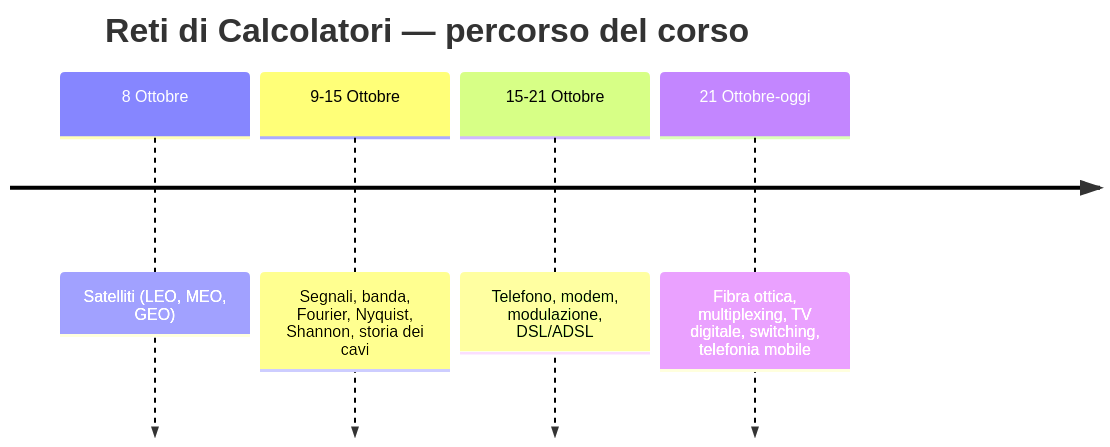
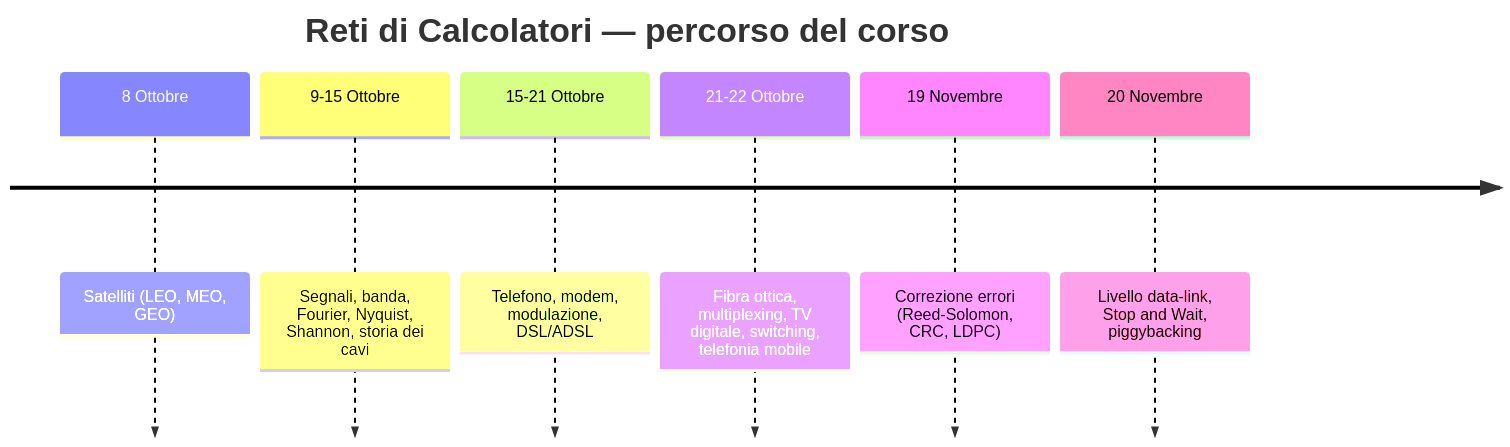
Before and after one commit to Nadaloner/networking: the first of 2 diagrams in Reti di Calcolatori.md, drawn with Mermaid. The commit also changed other lines of this file and 5 other files, not shown here.

Commit message:
Add lessons 19-20 Nov: error correction codes and data-link layer

````diff
--- a/Reti di Calcolatori.md
+++ b/Reti di Calcolatori.md
@@ -13,8 +13,10 @@
 ```mermaid
 timeline
     title Reti di Calcolatori — percorso del corso
     8 Ottobre : Satelliti (LEO, MEO, GEO)
     9-15 Ottobre : Segnali, banda, Fourier, Nyquist, Shannon, storia dei cavi
     15-21 Ottobre : Telefono, modem, modulazione, DSL/ADSL
-    21 Ottobre-oggi : Fibra ottica, multiplexing, TV digitale, switching, telefonia mobile
+    21-22 Ottobre : Fibra ottica, multiplexing, TV digitale, switching, telefonia mobile
+    19 Novembre : Correzione errori (Reed-Solomon, CRC, LDPC)
+    20 Novembre : Livello data-link, Stop and Wait, piggybacking
 ```
````
